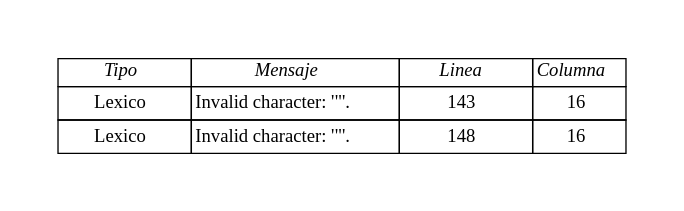
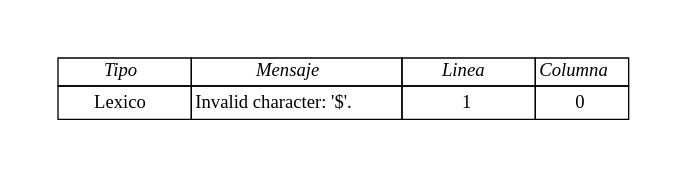
One commit to elJuanjoRamos/-OLC2-Compi-Pascal- changed the diagram in bin/Debug/netcoreapp3.1/error_lexico_.dot. Above: the diagram before and after it, drawn with Graphviz. The commit also changed 56 other files, not shown here.

```diff
--- a/bin/Debug/netcoreapp3.1/error_lexico_.dot
+++ b/bin/Debug/netcoreapp3.1/error_lexico_.dot
@@ -1,22 +1,17 @@
 digraph G{
 graph [pad="0.5", nodesep="0.5", ranksep="2"]
 node[shape = plain]
 rankdir = LR;
 Baz [label=<
 <table border="0" cellborder="1" cellspacing="0"><tr>
 <td width='100'><i>Tipo</i></td>
 <td width='100'><i>Mensaje</i></td>
 <td width='100'><i>Linea</i></td>
 <td><i width='100'>Columna</i></td> </tr>
 <tr>
 <td height='25'>Lexico</td>
-<td height='25'>Invalid character: '"'.</td>
-<td height='25'>143</td>
-<td height='25'>16</td>
-</tr><tr>
-<td height='25'>Lexico</td>
-<td height='25'>Invalid character: '"'.</td>
-<td height='25'>148</td>
-<td height='25'>16</td>
+<td height='25'>Invalid character: '$'.</td>
+<td height='25'>1</td>
+<td height='25'>0</td>
 </tr>
 </table>>];}
```
